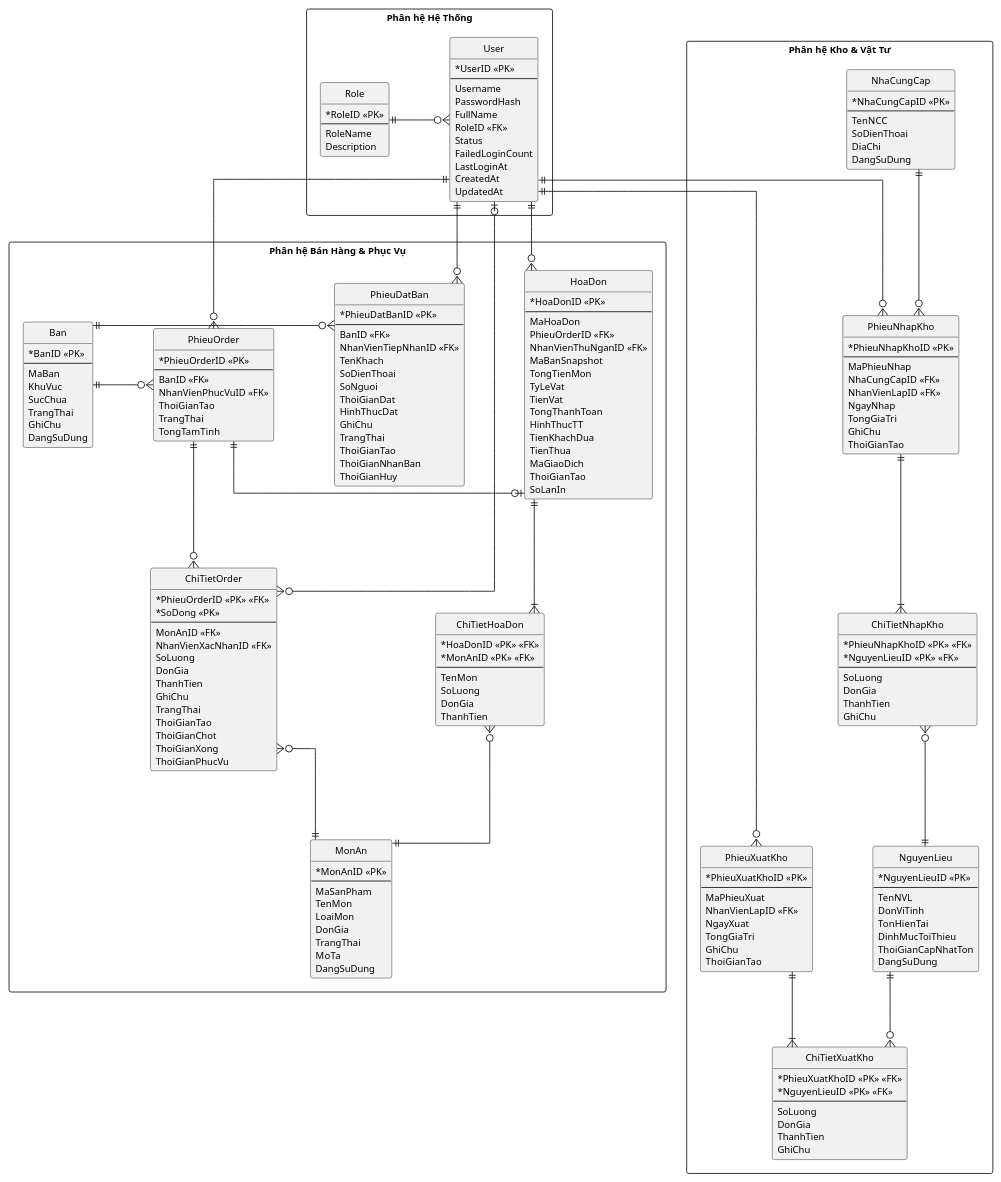
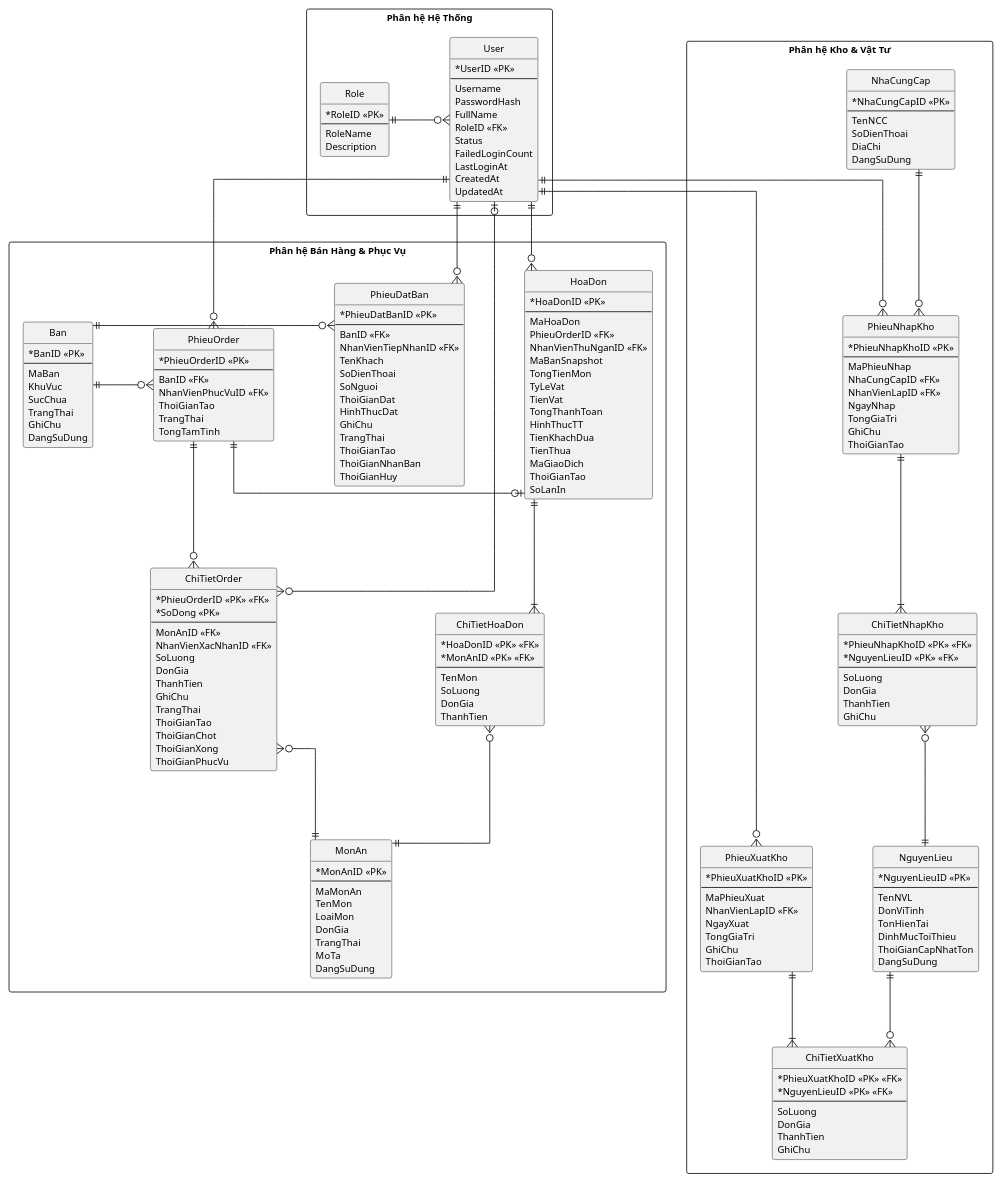
The diagram in design/erd/erd.puml (vpthinh19/cnpm), drawn with PlantUML before and after one commit. The commit also changed 6 other files, not shown here.

```diff
--- a/design/erd/erd.puml
+++ b/design/erd/erd.puml
@@ -132,7 +132,7 @@
   entity "MonAn" as MonAn {
     * MonAnID <<PK>>
     --
-    MaSanPham
+    MaMonAn
     TenMon
     LoaiMon
     DonGia
```
